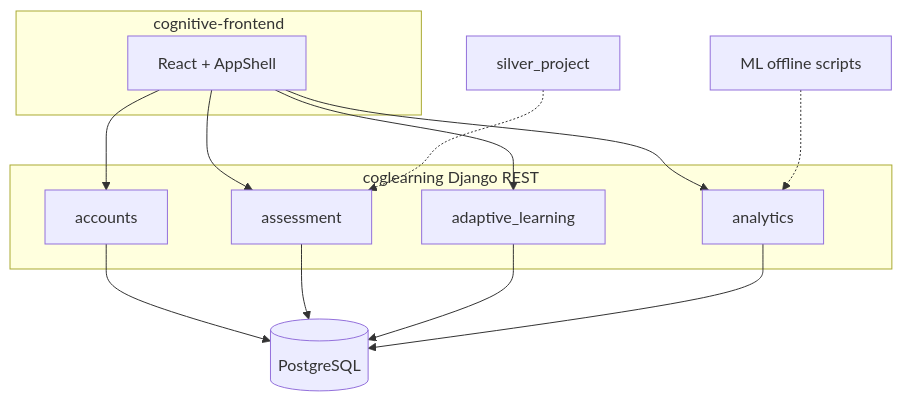
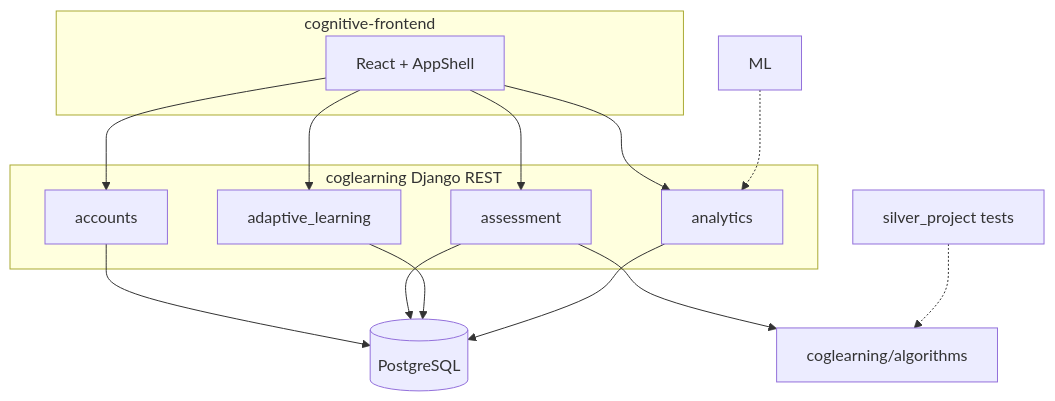
The first of 10 diagrams in docs/thesis/09_REFERENCES_AND_APPENDIX_FA.md (rozhrafiee/ctlg), drawn with Mermaid before and after one commit. The commit also changed other lines of this file and 24 other files, not shown here.

````diff
--- a/docs/thesis/09_REFERENCES_AND_APPENDIX_FA.md
+++ b/docs/thesis/09_REFERENCES_AND_APPENDIX_FA.md
@@ -39,18 +39,19 @@
 ```mermaid
 flowchart TB
   subgraph Client["cognitive-frontend"]
     UI[React + AppShell]
   end
   subgraph API["coglearning Django REST"]
     Acc[accounts]
     Asmt[assessment]
     Adp[adaptive_learning]
     Anl[analytics]
   end
   PG[(PostgreSQL)]
-  SIL[silver_project]
-  ML[ML offline scripts]
+  SIL[silver_project tests]
+  ALG[coglearning/algorithms]
   UI --> Acc & Asmt & Adp & Anl --> PG
-  SIL -.-> Asmt
+  Asmt --> ALG
+  SIL -.-> ALG
   ML -.-> Anl
 ```
````
